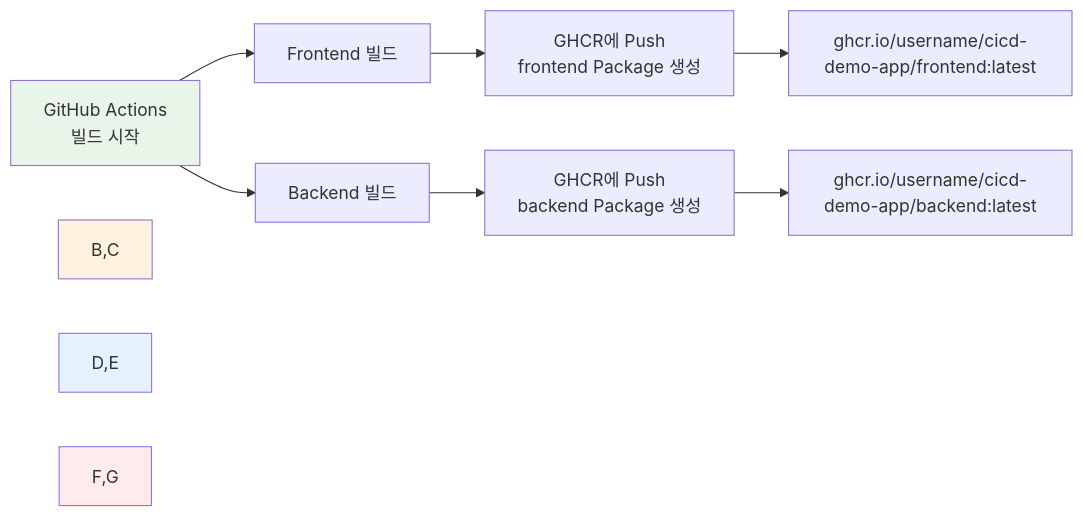
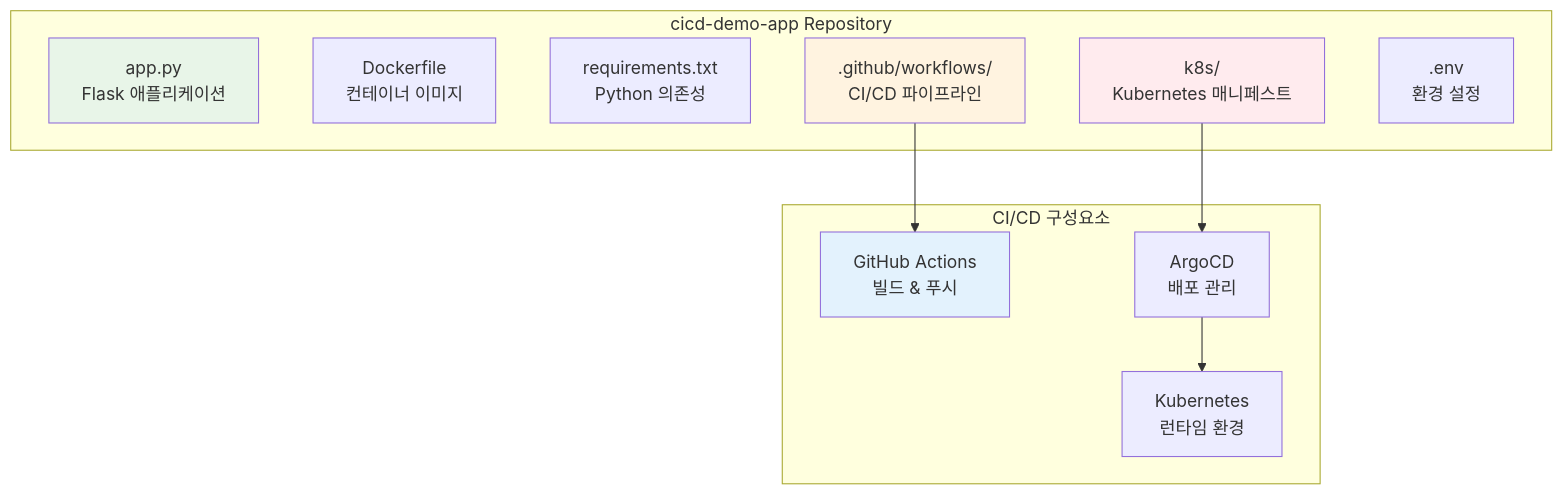
One commit to niceguy61/kdt_devops_lecture_2025 changed the second of 3 diagrams in theory/week_04/day4/lab_1.md. Above: the diagram before and after it, drawn with Mermaid. The commit also changed other lines of this file, not shown here.

````diff
--- a/theory/week_04/day4/lab_1.md
+++ b/theory/week_04/day4/lab_1.md
@@ -195,16 +154,26 @@
 ```mermaid
-graph LR
-    A[GitHub Actions<br/>빌드 시작] --> B[Frontend 빌드]
-    A --> C[Backend 빌드]
+graph TB
+    subgraph "cicd-demo-app Repository"
+        A[app.py<br/>Flask 애플리케이션]
+        B[Dockerfile<br/>컨테이너 이미지]
+        C[requirements.txt<br/>Python 의존성]
+        D[.github/workflows/<br/>CI/CD 파이프라인]
+        E[k8s/<br/>Kubernetes 매니페스트]
+        F[.env<br/>환경 설정]
+    end
     
-    B --> D[GHCR에 Push<br/>frontend Package 생성]
-    C --> E[GHCR에 Push<br/>backend Package 생성]
+    subgraph "CI/CD 구성요소"
+        G[GitHub Actions<br/>빌드 & 푸시]
+        H[ArgoCD<br/>배포 관리]
+        I[Kubernetes<br/>런타임 환경]
+    end
     
-    D --> F[ghcr.io/username/cicd-demo-app/frontend:latest]
-    E --> G[ghcr.io/username/cicd-demo-app/backend:latest]
+    D --> G
+    E --> H
+    H --> I
     
     style A fill:#e8f5e8
-    style B,C fill:#fff3e0
-    style D,E fill:#e3f2fd
-    style F,G fill:#ffebee
+    style D fill:#fff3e0
+    style E fill:#ffebee
+    style G fill:#e3f2fd
 ```
````
